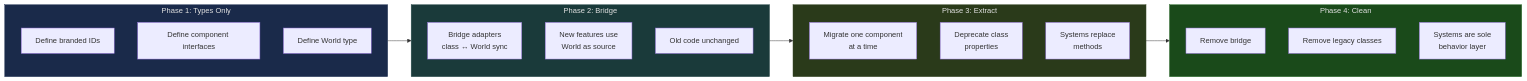
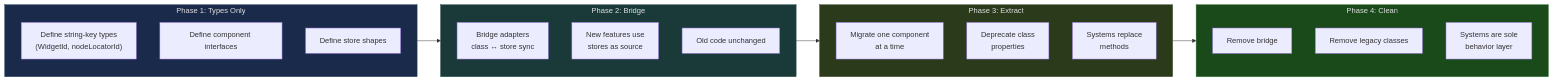
Before and after one commit to Comfy-Org/ComfyUI_frontend: diagram 12 of 12 in docs/architecture/ecs-target-architecture.md, drawn with Mermaid. The commit also changed other lines of this file and 12 other files, not shown here.

````diff
--- a/docs/architecture/ecs-target-architecture.md
+++ b/docs/architecture/ecs-target-architecture.md
@@ -524,39 +516,40 @@
 ```mermaid
 graph LR
     subgraph Phase1["Phase 1: Types Only"]
-        T1["Define branded IDs"]
+        T1["Define string-key types
+(WidgetId, nodeLocatorId)"]
         T2["Define component interfaces"]
-        T3["Define World type"]
+        T3["Define store shapes"]
     end
 
     subgraph Phase2["Phase 2: Bridge"]
         B1["Bridge adapters
-class ↔ World sync"]
+class ↔ store sync"]
         B2["New features use
-World as source"]
+stores as source"]
         B3["Old code unchanged"]
     end
 
     subgraph Phase3["Phase 3: Extract"]
         E1["Migrate one component
 at a time"]
         E2["Deprecate class
 properties"]
         E3["Systems replace
 methods"]
     end
 
     subgraph Phase4["Phase 4: Clean"]
         C1["Remove bridge"]
         C2["Remove legacy classes"]
         C3["Systems are sole
 behavior layer"]
     end
 
     Phase1 --> Phase2 --> Phase3 --> Phase4
 
     style Phase1 fill:#1a2a4a,stroke:#2a3a5a,color:#e0e0e0
     style Phase2 fill:#1a3a3a,stroke:#2a4a4a,color:#e0e0e0
     style Phase3 fill:#2a3a1a,stroke:#3a4a2a,color:#e0e0e0
     style Phase4 fill:#1a4a1a,stroke:#2a6a2a,color:#e0e0e0
 ```
````
